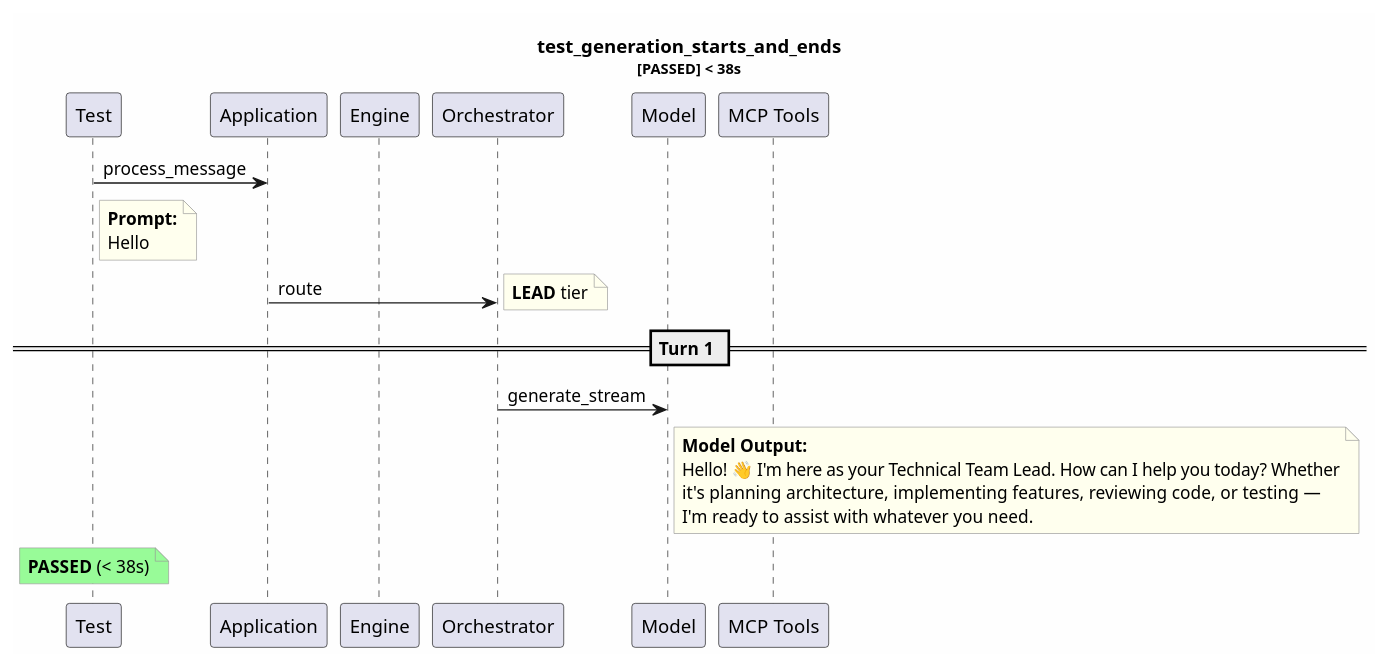
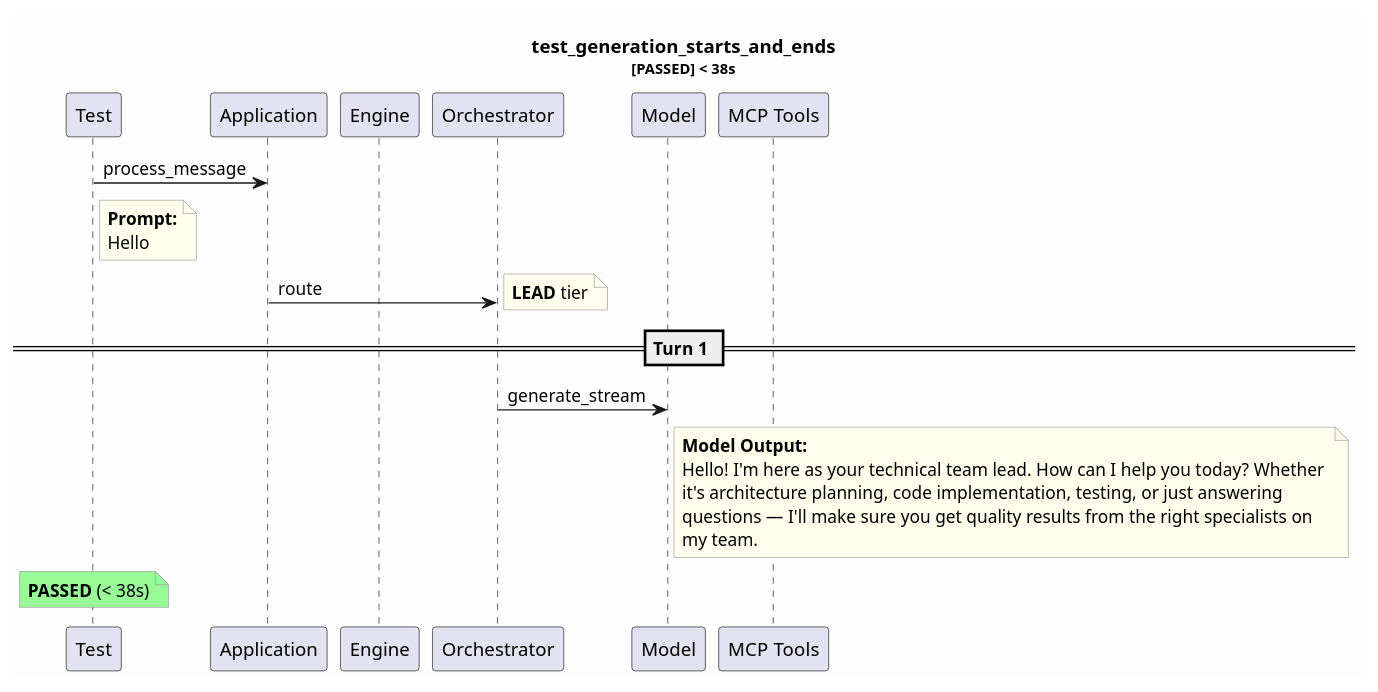
The diagram in test-reports/logs/test_generation_starts_and_ends/test_generation_starts_and_ends.puml (tvanfossen/entropic), drawn with PlantUML before and after one commit. The commit also changed 14 other files, not shown here.

```diff
--- a/test-reports/logs/test_generation_starts_and_ends/test_generation_starts_and_ends.puml
+++ b/test-reports/logs/test_generation_starts_and_ends/test_generation_starts_and_ends.puml
@@ -1,33 +1,34 @@
 @startuml
 skinparam backgroundColor #FEFEFE
 skinparam noteBorderColor #999999
 skinparam noteBackgroundColor #FFFFEE
 title test_generation_starts_and_ends\n<size:11>[PASSED] < 38s</size>
 
 participant "Test" as T
 participant "Application" as App
 participant "Engine" as Eng
 participant "Orchestrator" as Orch
 participant "Model" as Mdl
 participant "MCP Tools" as MCP
 
 T -> App: process_message
 note right of T
   **Prompt:**
   Hello
 end note
 App -> Orch: route
 note right: **LEAD** tier
 == Turn 1 ==
 Orch -> Mdl: generate_stream
 note right of Mdl
   **Model Output:**
-  Hello! 👋 I'm here as your Technical Team Lead. How can I help you today? Whether
-  it's planning architecture, implementing features, reviewing code, or testing — 
-  I'm ready to assist with whatever you need.
+  Hello! I'm here as your technical team lead. How can I help you today? Whether 
+  it's architecture planning, code implementation, testing, or just answering 
+  questions — I'll make sure you get quality results from the right specialists on
+  my team.
 end note
 note over T #palegreen
   **PASSED** (< 38s)
 end note
 
 @enduml
```
